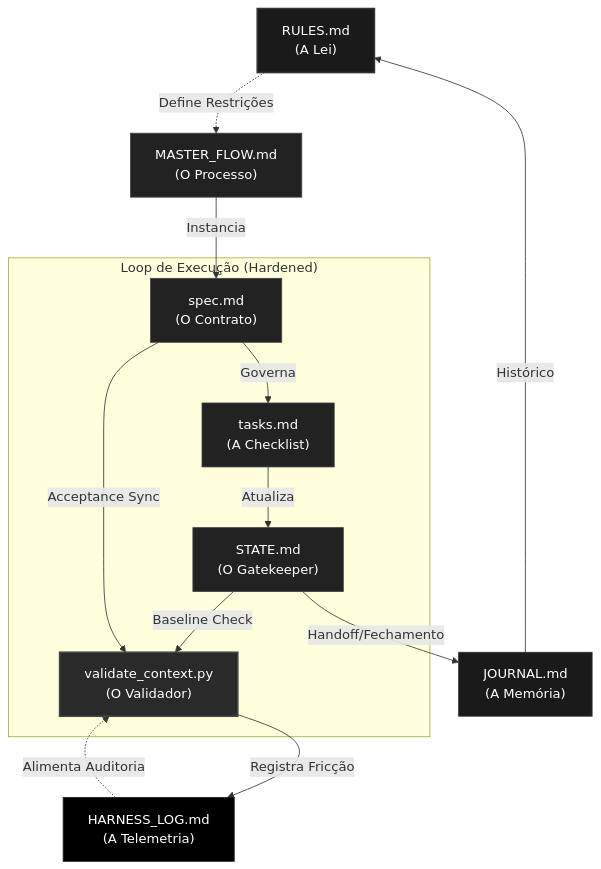
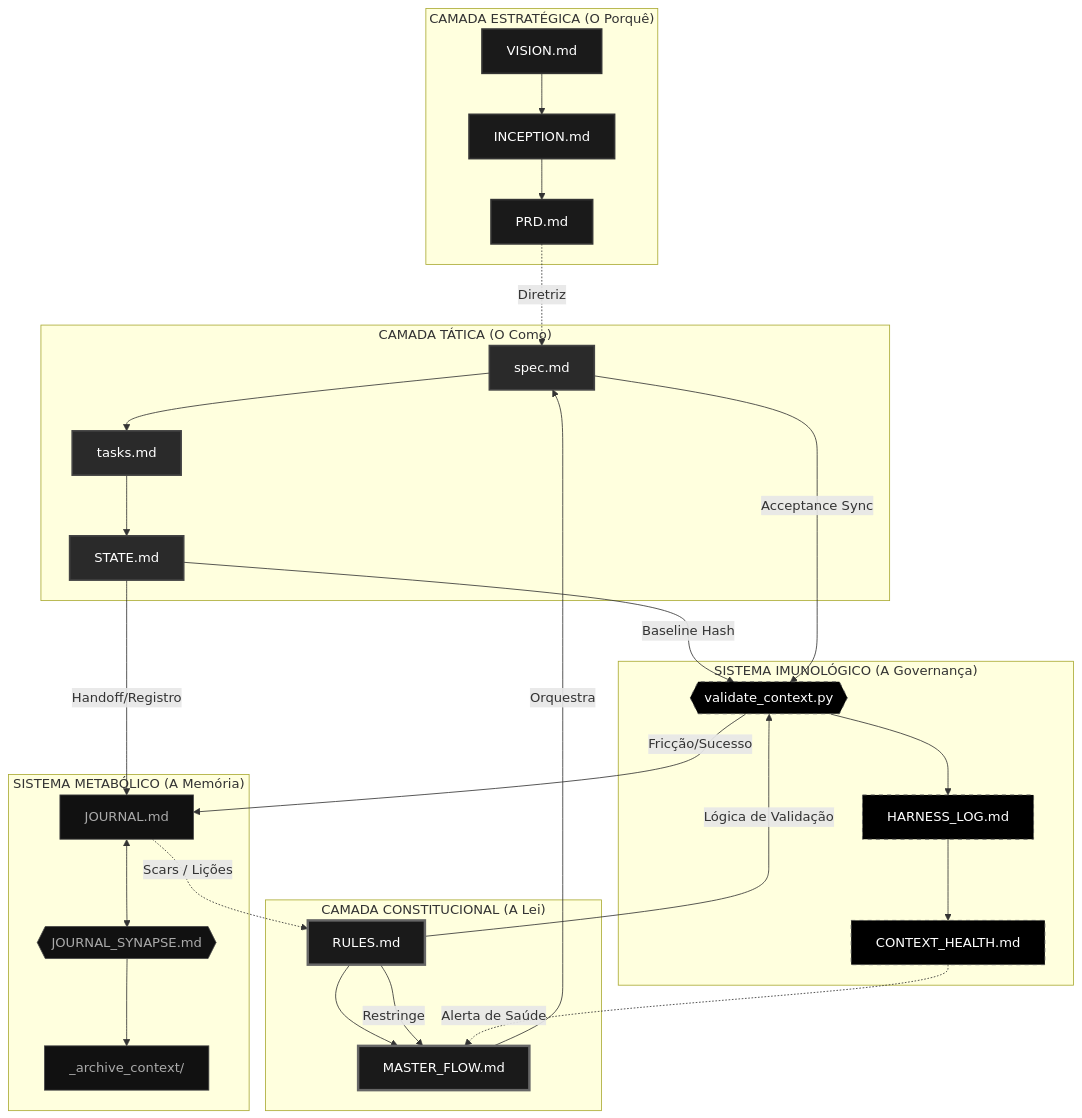
The diagram in .context/maintenance/rx-communications.md (TalesAvancini/landingpg-crm), drawn with Mermaid before and after one commit. The commit also changed other lines of this file, not shown here.

Commit message:
feat: institutionalize Global RX Connectivity Map (v2)

````diff
--- a/.context/maintenance/rx-communications.md
+++ b/.context/maintenance/rx-communications.md
@@ -15,43 +15,65 @@
 ```mermaid
 graph TD
-    %% Nós (Artefatos)
-    RULES["RULES.md<br/>(A Lei)"]
-    MF["MASTER_FLOW.md<br/>(O Processo)"]
-    SPEC["spec.md<br/>(O Contrato)"]
-    STATE["STATE.md<br/>(O Gatekeeper)"]
-    TASK["tasks.md<br/>(A Checklist)"]
-    JOURNAL["JOURNAL.md<br/>(A Memória)"]
-    LOG["HARNESS_LOG.md<br/>(A Telemetria)"]
-    VAL["validate_context.py<br/>(O Validador)"]
+    %% ESTILOS (Dark/Technical)
+    classDef strategic fill:#1a1a1a,stroke:#333,color:#fff,stroke-width:2px
+    classDef tactical fill:#2a2a2a,stroke:#444,color:#fff,stroke-width:2px
+    classDef immune fill:#000,stroke:#555,color:#fff,stroke-dasharray: 5 5
+    classDef metabolic fill:#111,stroke:#444,color:#aaa
+    classDef process fill:#1a1a1a,stroke:#666,color:#fff,stroke-width:3px
 
-    %% Arestas (Linhas de Contato)
-    RULES -.->|Define Restrições| MF
-    MF -->|Instancia| SPEC
-    SPEC -->|Governa| TASK
-    TASK -->|Atualiza| STATE
-    
-    STATE -->|Baseline Check| VAL
-    SPEC -->|Acceptance Sync| VAL
-    VAL -->|Registra Fricção| LOG
-    
-    STATE -->|Handoff/Fechamento| JOURNAL
-    JOURNAL -->|Histórico| RULES
-    
-    LOG -.->|Alimenta Auditoria| VAL
-    
-    subgraph "Loop de Execução (Hardened)"
-        SPEC
-        STATE
-        TASK
-        VAL
+    subgraph "CAMADA ESTRATÉGICA (O Porquê)"
+        VIS["VISION.md"]:::strategic
+        INC["INCEPTION.md"]:::strategic
+        PRD["PRD.md"]:::strategic
+        VIS --> INC --> PRD
     end
 
-    style RULES fill:#1a1a1a,stroke:#333,stroke-width:2px,color:#fff
-    style VAL fill:#2a2a2a,stroke:#444,stroke-width:2px,color:#fff
-    style JOURNAL fill:#1a1a1a,stroke:#333,stroke-width:1px,color:#fff
-    style LOG fill:#000,stroke:#222,stroke-width:1px,color:#fff
-    style MF fill:#222,stroke:#444,color:#fff
-    style SPEC fill:#222,stroke:#444,color:#fff
-    style STATE fill:#222,stroke:#444,color:#fff
-    style TASK fill:#222,stroke:#444,color:#fff
+    subgraph "CAMADA CONSTITUCIONAL (A Lei)"
+        RUL["RULES.md"]:::process
+        MF["MASTER_FLOW.md"]:::process
+        RUL --> MF
+    end
+
+    subgraph "CAMADA TÁTICA (O Como)"
+        SPEC["spec.md"]:::tactical
+        TASK["tasks.md"]:::tactical
+        STATE["STATE.md"]:::tactical
+        SPEC --> TASK --> STATE
+    end
+
+    subgraph "SISTEMA IMUNOLÓGICO (A Governança)"
+        VAL{{validate_context.py}}:::immune
+        LOG["HARNESS_LOG.md"]:::immune
+        HEALTH["CONTEXT_HEALTH.md"]:::immune
+        VAL --> LOG --> HEALTH
+    end
+
+    subgraph "SISTEMA METABÓLICO (A Memória)"
+        JOU["JOURNAL.md"]:::metabolic
+        SYN{{JOURNAL_SYNAPSE.md}}:::metabolic
+        ARC["_archive_context/"]:::metabolic
+        JOU <--> SYN --> ARC
+    end
+
+    %% CONEXÕES DE FLUXO (As Linhas de Contato)
+    
+    %% Intenção para Tático
+    PRD -.->|Diretriz| SPEC
+    
+    %% Constituição para todos
+    MF -->|Orquestra| SPEC
+    RUL -->|Restringe| MF
+    RUL -->|Lógica de Validação| VAL
+    
+    %% Tático para Governança
+    STATE -- "Baseline Hash" --> VAL
+    SPEC -- "Acceptance Sync" --> VAL
+    
+    %% Execução para Memória
+    STATE -- "Handoff/Registro" --> JOU
+    VAL -- "Fricção/Sucesso" --> JOU
+    
+    %% Feedback Loop
+    JOU -.->|Scars / Lições| RUL
+    HEALTH -.->|Alerta de Saúde| MF
 ```
````
